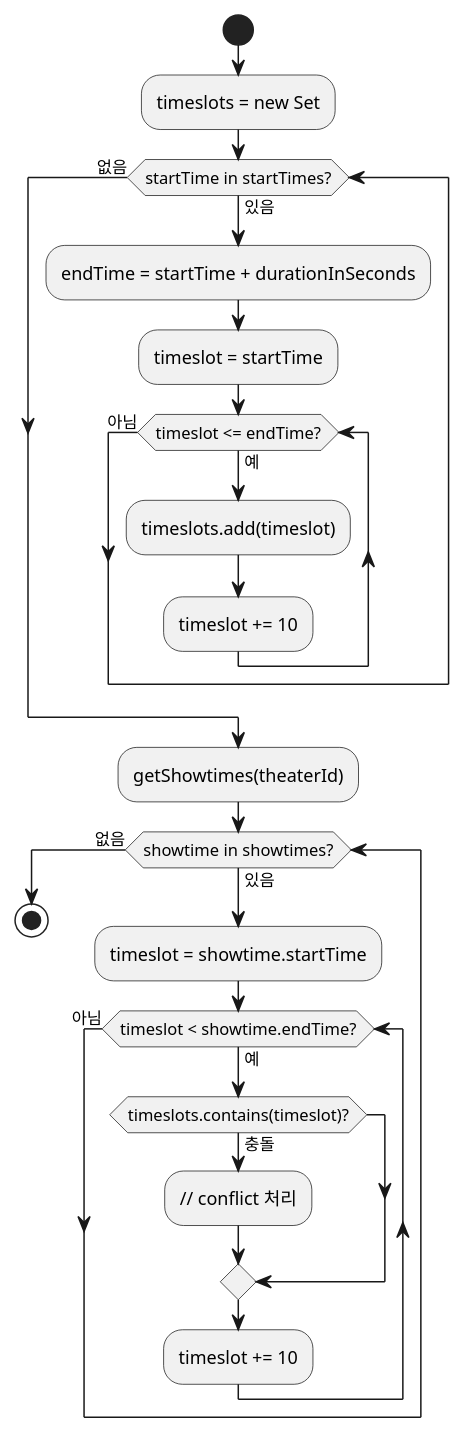
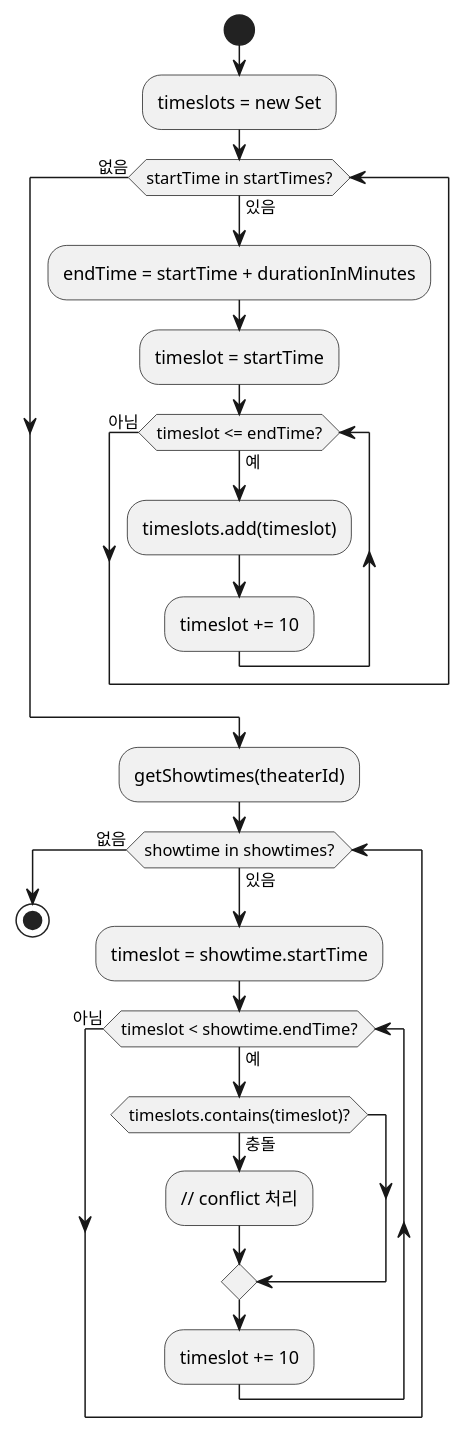
Before and after one commit to mannercode/mannercode.github.io: the fourth of 16 diagrams in _posts/2025-06-01-backend-design-3.md, drawn with PlantUML. The commit also changed other lines of this file and 22 other files, not shown here.

```diff
--- a/_posts/2025-06-01-backend-design-3.md
+++ b/_posts/2025-06-01-backend-design-3.md
@@ -275,33 +275,33 @@
 {% plantuml %}
 @startuml
 ' 액티비티 다이어그램
 start
 :timeslots = new Set;
 
 ' 1차 루프 – 시작 시간별로 timeslot 채우기
 while (startTime in startTimes?) is (있음)
-  :endTime = startTime + durationInSeconds;
+  :endTime = startTime + durationInMinutes;
   :timeslot = startTime;
   while (timeslot <= endTime?) is (예)
     :timeslots.add(timeslot);
     :timeslot += 10;
   endwhile (아님)
 endwhile (없음)
 
 ' 상영 시간 조회
 :getShowtimes(theaterId);
 
 ' 2차 루프 – 기존 상영 시간과 충돌 여부 검사
 while (showtime in showtimes?) is (있음)
   :timeslot = showtime.startTime;
   while (timeslot < showtime.endTime?) is (예)
     if (timeslots.contains(timeslot)?) then (충돌)
       :// conflict 처리;
     endif
     :timeslot += 10;
   endwhile (아님)
 endwhile (없음)
 
 stop
 @enduml
 {% endplantuml %}
```
